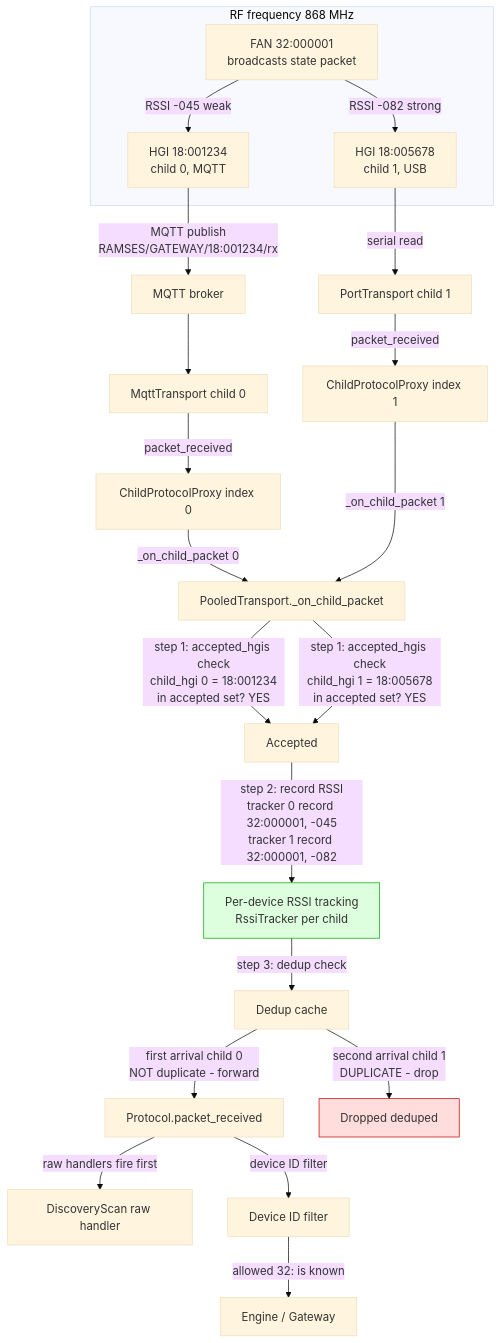
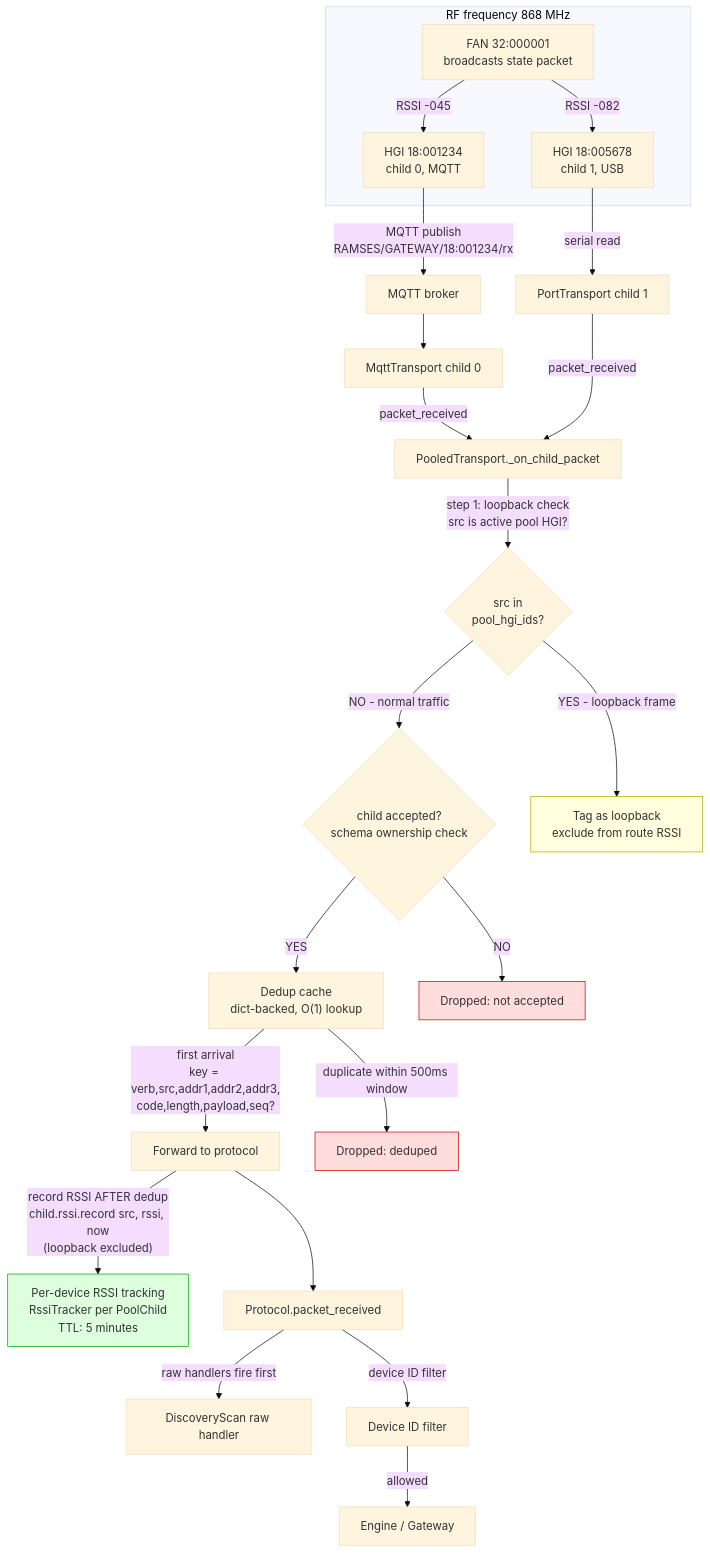
Before and after one commit to ramses-rf/ramses_cc: the diagram in docs/diagrams/01_inbound_dedup.md, drawn with Mermaid (base theme). The commit also changed other lines of this file and 6 other files, not shown here.

First line of the commit message:
docs: update flow diagrams to reflect new plan architecture

````diff
--- a/docs/diagrams/01_inbound_dedup.md
+++ b/docs/diagrams/01_inbound_dedup.md
@@ -3,35 +3,37 @@
 ```mermaid
 flowchart TD
     FAN["FAN 32:000001<br/>broadcasts state packet"]
 
     subgraph RF["RF frequency 868 MHz"]
-        FAN -->|"RSSI -045 weak"| HGI1["HGI 18:001234<br/>child 0, MQTT"]
-        FAN -->|"RSSI -082 strong"| HGI2["HGI 18:005678<br/>child 1, USB"]
+        FAN -->|"RSSI -045"| HGI1["HGI 18:001234<br/>child 0, MQTT"]
+        FAN -->|"RSSI -082"| HGI2["HGI 18:005678<br/>child 1, USB"]
     end
 
     HGI1 -->|"MQTT publish<br/>RAMSES/GATEWAY/18:001234/rx"| MQTT["MQTT broker"]
     MQTT --> MqttTransport0["MqttTransport child 0"]
     HGI2 -->|"serial read"| PortTransport1["PortTransport child 1"]
 
-    MqttTransport0 -->|"packet_received"| Proxy0["ChildProtocolProxy index 0"]
-    PortTransport1 -->|"packet_received"| Proxy1["ChildProtocolProxy index 1"]
+    MqttTransport0 -->|"packet_received"| Pool["PooledTransport._on_child_packet"]
+    PortTransport1 -->|"packet_received"| Pool
 
-    Proxy0 -->|"_on_child_packet 0"| Pool["PooledTransport._on_child_packet"]
-    Proxy1 -->|"_on_child_packet 1"| Pool
+    Pool -->|"step 1: loopback check<br/>src is active pool HGI?"| LoopCheck{"src in<br/>pool_hgi_ids?"}
+    LoopCheck -->|"NO - normal traffic"| AcceptCheck{"child accepted?<br/>schema ownership check"}
+    LoopCheck -->|"YES - loopback frame"| LoopTag["Tag as loopback<br/>exclude from route RSSI"]
 
-    Pool -->|"step 1: accepted_hgis check<br/>child_hgi 0 = 18:001234<br/>in accepted set? YES"| AcceptCheck["Accepted"]
-    Pool -->|"step 1: accepted_hgis check<br/>child_hgi 1 = 18:005678<br/>in accepted set? YES"| AcceptCheck
+    AcceptCheck -->|"YES"| Dedup["Dedup cache<br/>dict-backed, O(1) lookup"]
+    AcceptCheck -->|"NO"| Drop["Dropped: not accepted"]
 
-    AcceptCheck -->|"step 2: record RSSI<br/>tracker 0 record 32:000001, -045<br/>tracker 1 record 32:000001, -082"| RSSI["Per-device RSSI tracking<br/>RssiTracker per child"]
+    Dedup -->|"first arrival<br/>key = verb,src,addr1,addr2,addr3,<br/>code,length,payload,seq?"| Forward["Forward to protocol"]
+    Dedup -->|"duplicate within 500ms window"| DedupDrop["Dropped: deduped"]
 
-    RSSI -->|"step 3: dedup check"| Dedup["Dedup cache"]
-    Dedup -->|"first arrival child 0<br/>NOT duplicate - forward"| Proto1["Protocol.packet_received"]
-    Dedup -->|"second arrival child 1<br/>DUPLICATE - drop"| DedupDrop["Dropped deduped"]
-
-    Proto1 -->|"raw handlers fire first"| Scan["DiscoveryScan raw handler"]
-    Proto1 -->|"device ID filter"| Filter["Device ID filter"]
-    Filter -->|"allowed 32: is known"| Engine["Engine / Gateway"]
+    Forward -->|"record RSSI AFTER dedup<br/>child.rssi.record src, rssi, now<br/>(loopback excluded)"| RSSI["Per-device RSSI tracking<br/>RssiTracker per PoolChild<br/>TTL: 5 minutes"]
+    Forward --> Proto["Protocol.packet_received"]
+    Proto -->|"raw handlers fire first"| Scan["DiscoveryScan raw handler"]
+    Proto -->|"device ID filter"| Filter["Device ID filter"]
+    Filter -->|"allowed"| Engine["Engine / Gateway"]
 
     style DedupDrop fill:#fdd,stroke:#c00
+    style Drop fill:#fdd,stroke:#c00
     style RSSI fill:#dfd,stroke:#0a0
+    style LoopTag fill:#ffd,stroke:#aa0
 ```
````
